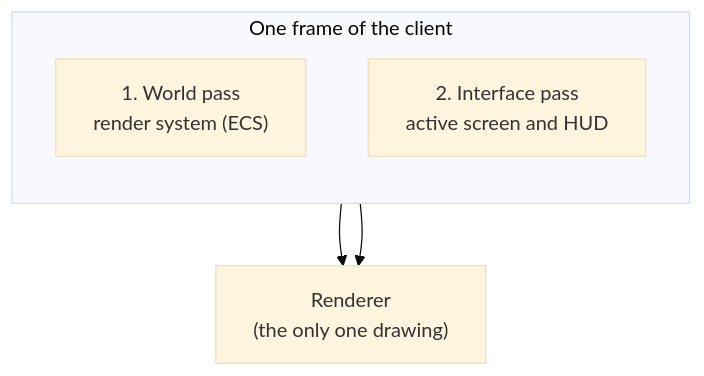
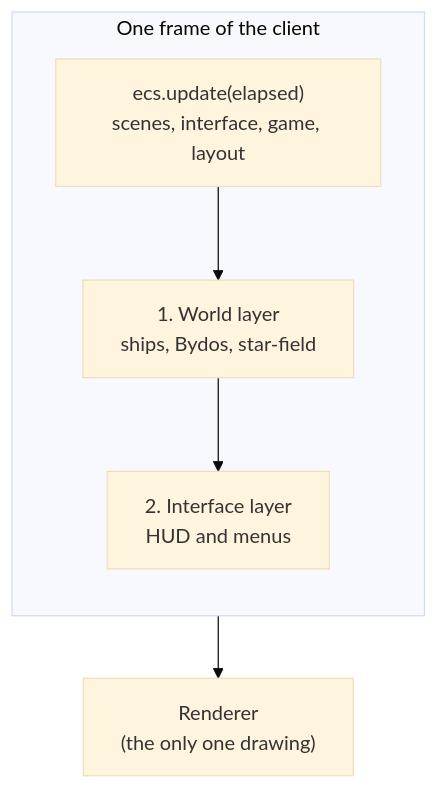
The second of 2 diagrams in docs/architecture/index.md (Akinator31/Rtype), drawn with Mermaid (base theme) before and after one commit. The commit also changed other lines of this file and 8 other files, not shown here.

Commit message:
docs(arch): add ADR 0007 and document scenes and the interface in the ECS

````diff
--- a/docs/architecture/index.md
+++ b/docs/architecture/index.md
@@ -59,10 +55,10 @@
 ```mermaid
 flowchart TB
     subgraph Frame["One frame of the client"]
         direction TB
-        World["1. World pass<br/>render system (ECS)"]
-        UI["2. Interface pass<br/>active screen and HUD"]
+        Update["ecs.update(elapsed)<br/>scenes, interface, game, layout"]
+        World["1. World layer<br/>ships, Bydos, star-field"]
+        UI["2. Interface layer<br/>HUD and menus"]
     end
-    World --> Renderer["Renderer<br/>(the only one drawing)"]
-    UI --> Renderer
+    Update --> World --> UI --> Renderer["Renderer<br/>(the only one drawing)"]
 ```
````
